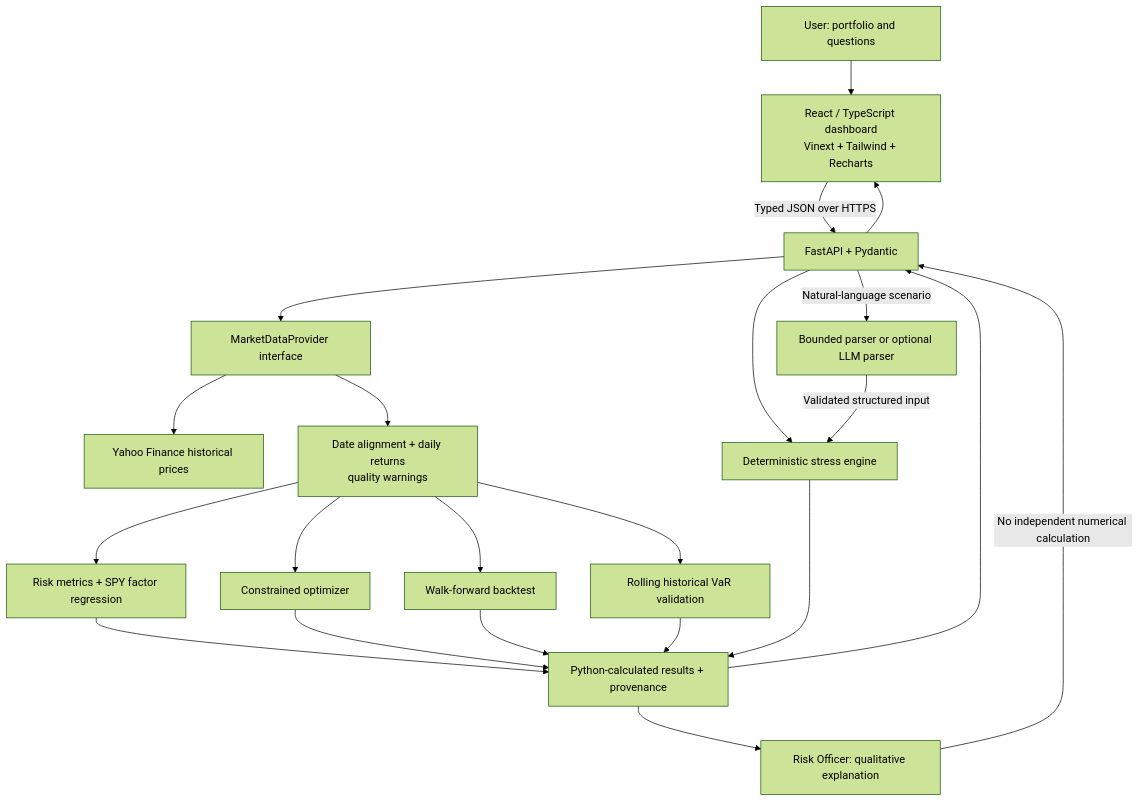
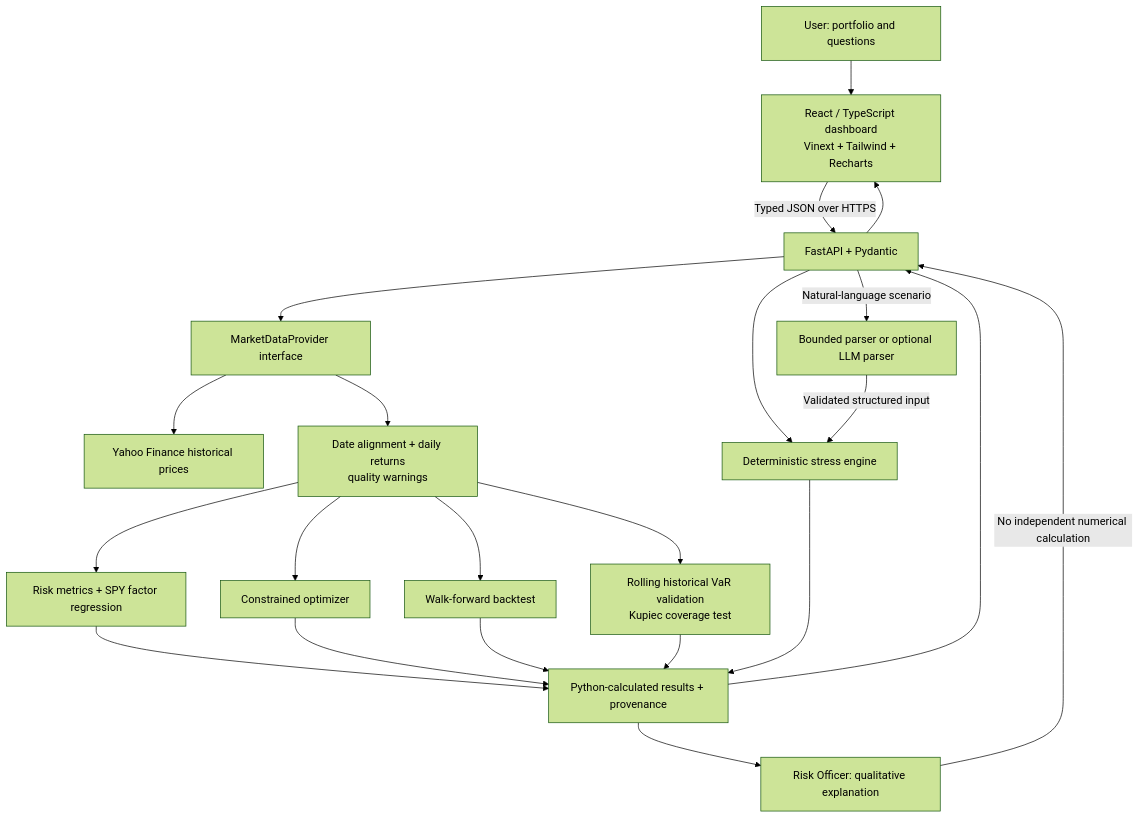
One commit to TianLu-hub/RiskLens changed the first of 3 diagrams in README.md. Above: the diagram before and after it, drawn with Mermaid (forest theme). The commit also changed other lines of this file and 11 other files, not shown here.

Commit message:
Add Kupiec coverage test to rolling VaR validation

````diff
--- a/README.md
+++ b/README.md
@@ -35,24 +35,24 @@
 ```mermaid
 flowchart TB
     USER[User: portfolio and questions] --> UI[React / TypeScript dashboard<br/>Vinext + Tailwind + Recharts]
     UI -->|Typed JSON over HTTPS| API[FastAPI + Pydantic]
     API --> DATA[MarketDataProvider interface]
     DATA --> YF[Yahoo Finance historical prices]
     DATA --> ALIGN[Date alignment + daily returns<br/>quality warnings]
     ALIGN --> RISK[Risk metrics + SPY factor regression]
     ALIGN --> OPT[Constrained optimizer]
     ALIGN --> BACK[Walk-forward backtest]
-    ALIGN --> VAR[Rolling historical VaR validation]
+    ALIGN --> VAR[Rolling historical VaR validation<br/>Kupiec coverage test]
     API --> STRESS[Deterministic stress engine]
     API -->|Natural-language scenario| PARSER[Bounded parser or optional LLM parser]
     PARSER -->|Validated structured input| STRESS
     RISK --> RESULTS[Python-calculated results + provenance]
     OPT --> RESULTS
     BACK --> RESULTS
     VAR --> RESULTS
     STRESS --> RESULTS
     RESULTS --> OFFICER[Risk Officer: qualitative explanation]
     OFFICER -->|No independent numerical calculation| API
     RESULTS --> API
     API --> UI
 ```
````
